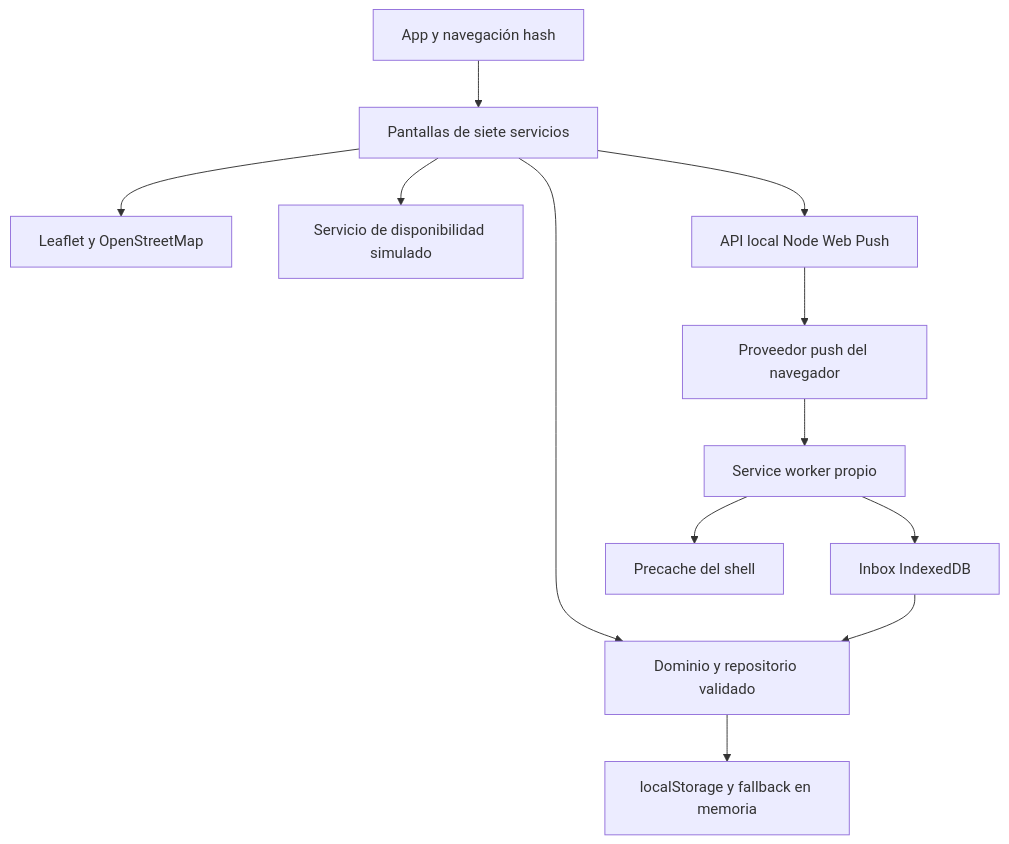
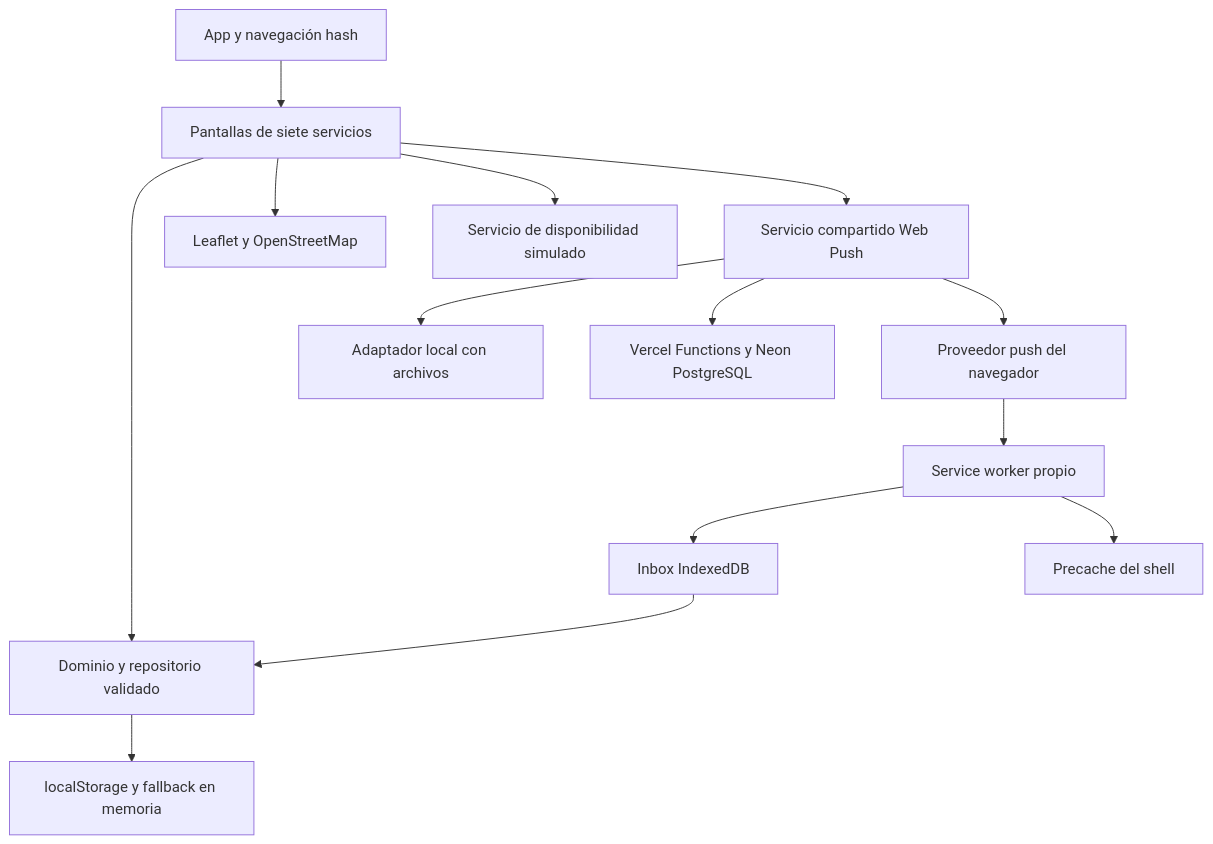
One commit to Giaveno/tp-sf-vecino changed the diagram in INFORME.md. Above: the diagram before and after it, drawn with Mermaid. The commit also changed other lines of this file and 22 other files, not shown here.

Commit message:
feat: deploy push API on Vercel with Neon persistence

````diff
--- a/INFORME.md
+++ b/INFORME.md
@@ -11,14 +11,16 @@
 ```mermaid
 flowchart TD
   A[App y navegación hash] --> B[Pantallas de siete servicios]
   B --> C[Dominio y repositorio validado]
   C --> D[localStorage y fallback en memoria]
   B --> E[Leaflet y OpenStreetMap]
   B --> F[Servicio de disponibilidad simulado]
-  B --> G[API local Node Web Push]
+  B --> G[Servicio compartido Web Push]
+  G --> L[Adaptador local con archivos]
+  G --> M[Vercel Functions y Neon PostgreSQL]
   G --> H[Proveedor push del navegador]
   H --> I[Service worker propio]
   I --> J[Inbox IndexedDB]
   J --> C
   I --> K[Precache del shell]
 ```
````
